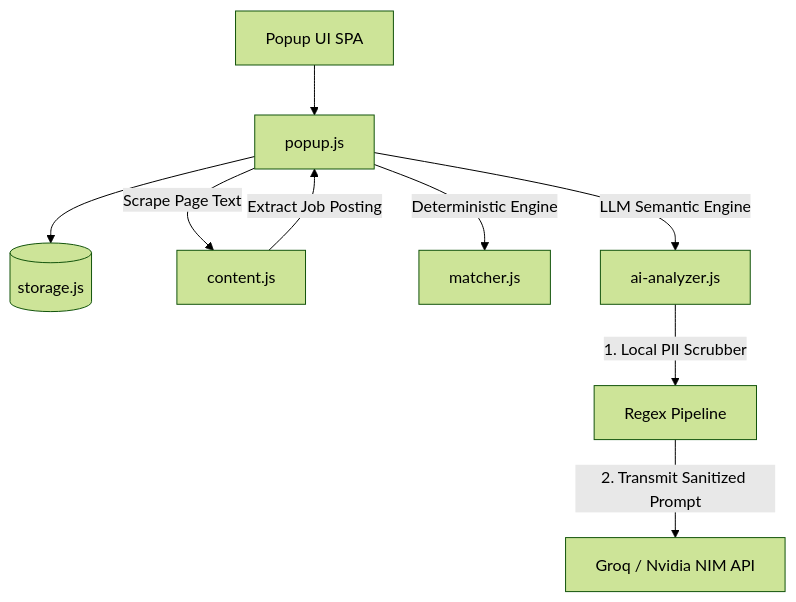
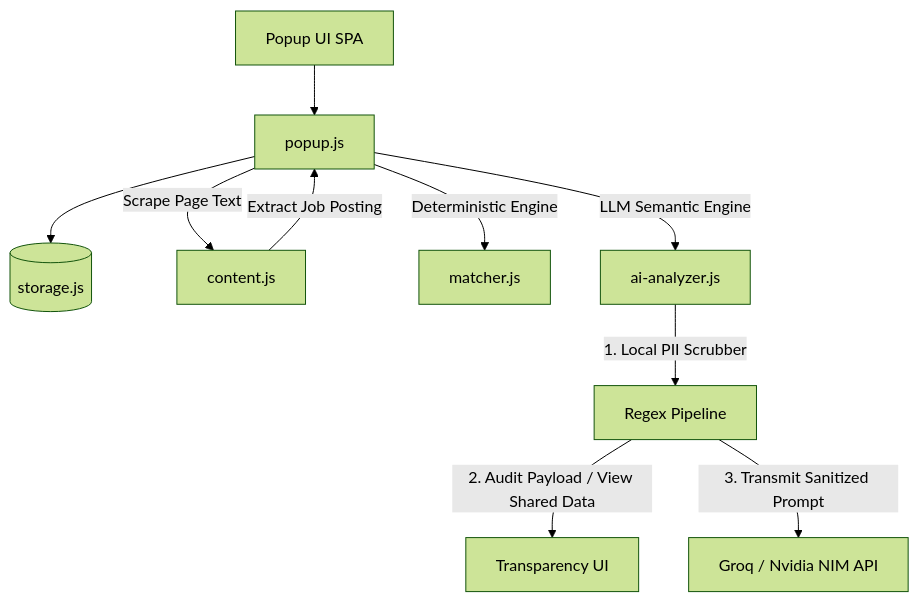
One commit to sivaprasathm93/resume-match-score changed the diagram in README.md. Above: the diagram before and after it, drawn with Mermaid (forest theme). The commit also changed other lines of this file, not shown here.

Commit message:
Added custom job board whitelisting and LLM payload transparency features to README

````diff
--- a/README.md
+++ b/README.md
@@ -54,14 +60,15 @@
 ```mermaid
 graph TD
     UI[Popup UI SPA] --> Controller[popup.js]
     Controller --> LocalStorage[(storage.js)]
     
     Controller -- "Scrape Page Text" --> ContentScript[content.js]
     ContentScript -- "Extract Job Posting" --> Controller
     
     Controller -- "Deterministic Engine" --> StaticMatcher[matcher.js]
     Controller -- "LLM Semantic Engine" --> AIAnalyzer[ai-analyzer.js]
     
     AIAnalyzer -- "1. Local PII Scrubber" --> Sanitizer[Regex Pipeline]
-    Sanitizer -- "2. Transmit Sanitized Prompt" --> LLMAPI[Groq / Nvidia NIM API]
+    Sanitizer -- "2. Audit Payload / View Shared Data" --> AuditModal[Transparency UI]
+    Sanitizer -- "3. Transmit Sanitized Prompt" --> LLMAPI[Groq / Nvidia NIM API]
 ```
````
